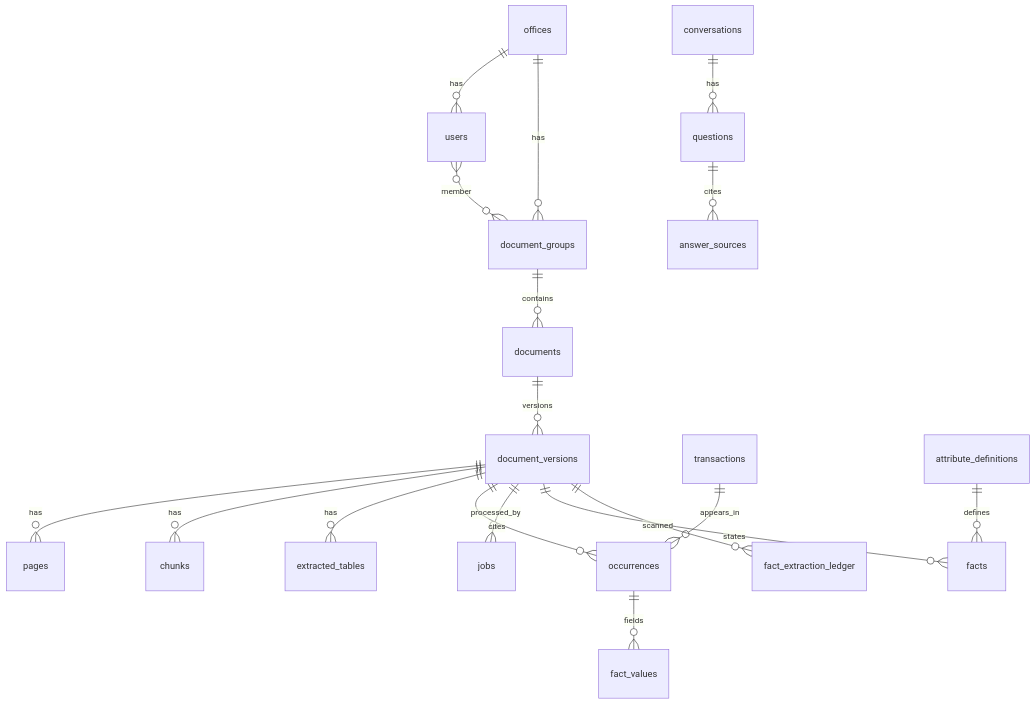
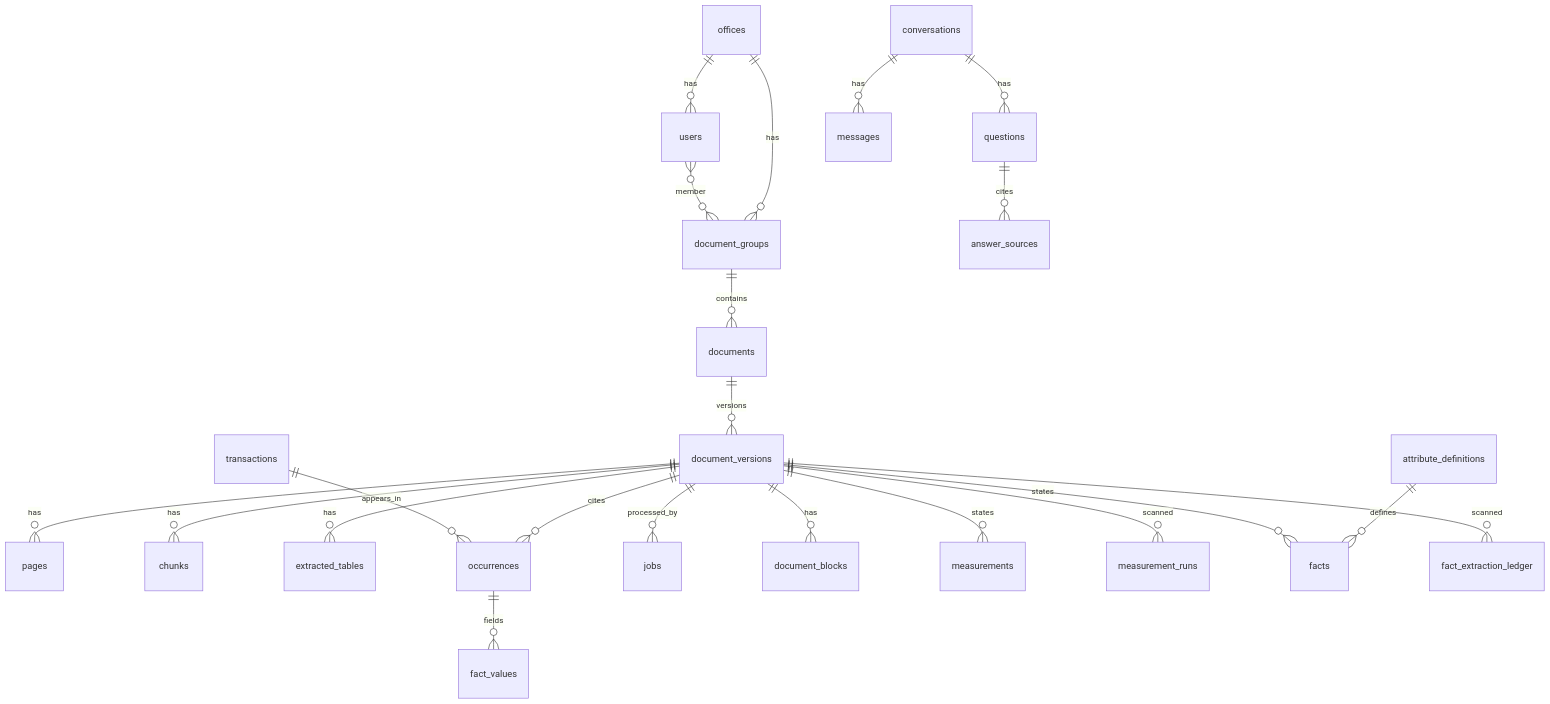
One commit to AriGabay/rag changed the second of 3 diagrams in docs/architecture.md. Above: the diagram before and after it, drawn with Mermaid. The commit also changed other lines of this file and 79 other files, not shown here.

````diff
--- a/docs/architecture.md
+++ b/docs/architecture.md
@@ -41,20 +43,24 @@
 ```mermaid
 erDiagram
   offices ||--o{ users : has
   offices ||--o{ document_groups : has
   users }o--o{ document_groups : member
   document_groups ||--o{ documents : contains
   documents ||--o{ document_versions : versions
   document_versions ||--o{ pages : has
   document_versions ||--o{ chunks : has
   document_versions ||--o{ extracted_tables : has
   document_versions ||--o{ occurrences : cites
   transactions ||--o{ occurrences : appears_in
   occurrences ||--o{ fact_values : fields
   document_versions ||--o{ jobs : processed_by
   conversations ||--o{ questions : has
   questions ||--o{ answer_sources : cites
+  conversations ||--o{ messages : has
+  document_versions ||--o{ document_blocks : has
+  document_versions ||--o{ measurements : states
+  document_versions ||--o{ measurement_runs : scanned
   attribute_definitions ||--o{ facts : defines
   document_versions ||--o{ facts : states
   document_versions ||--o{ fact_extraction_ledger : scanned
 ```
````
